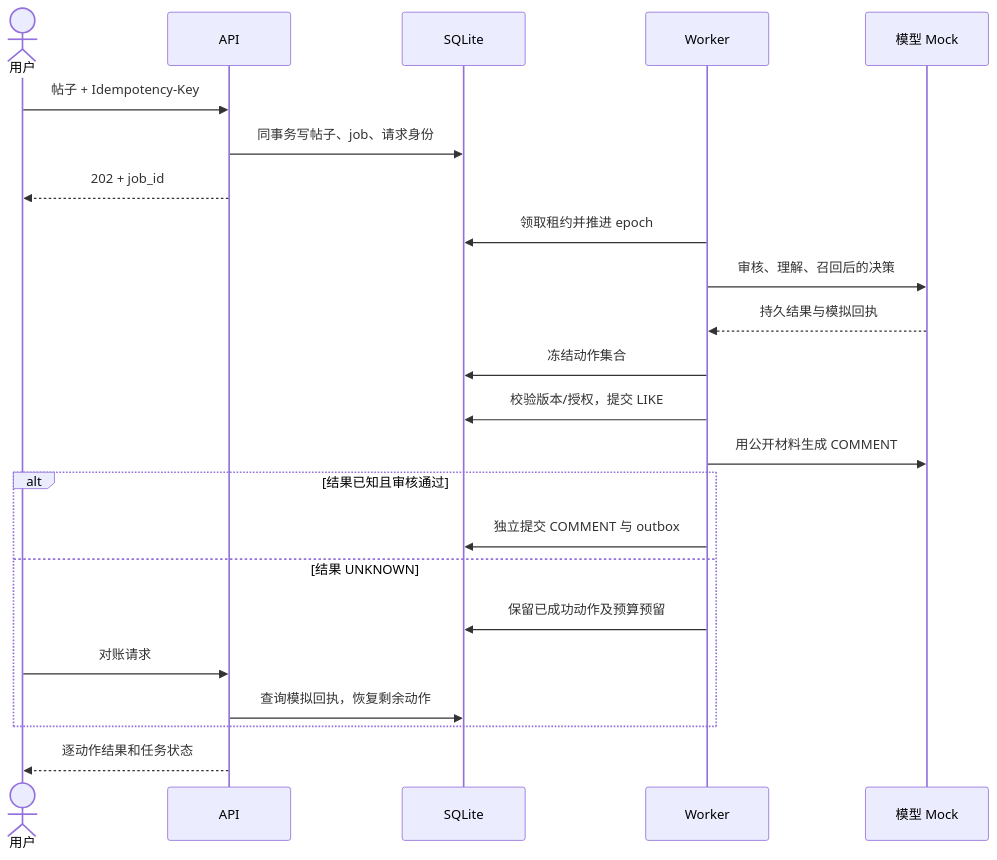
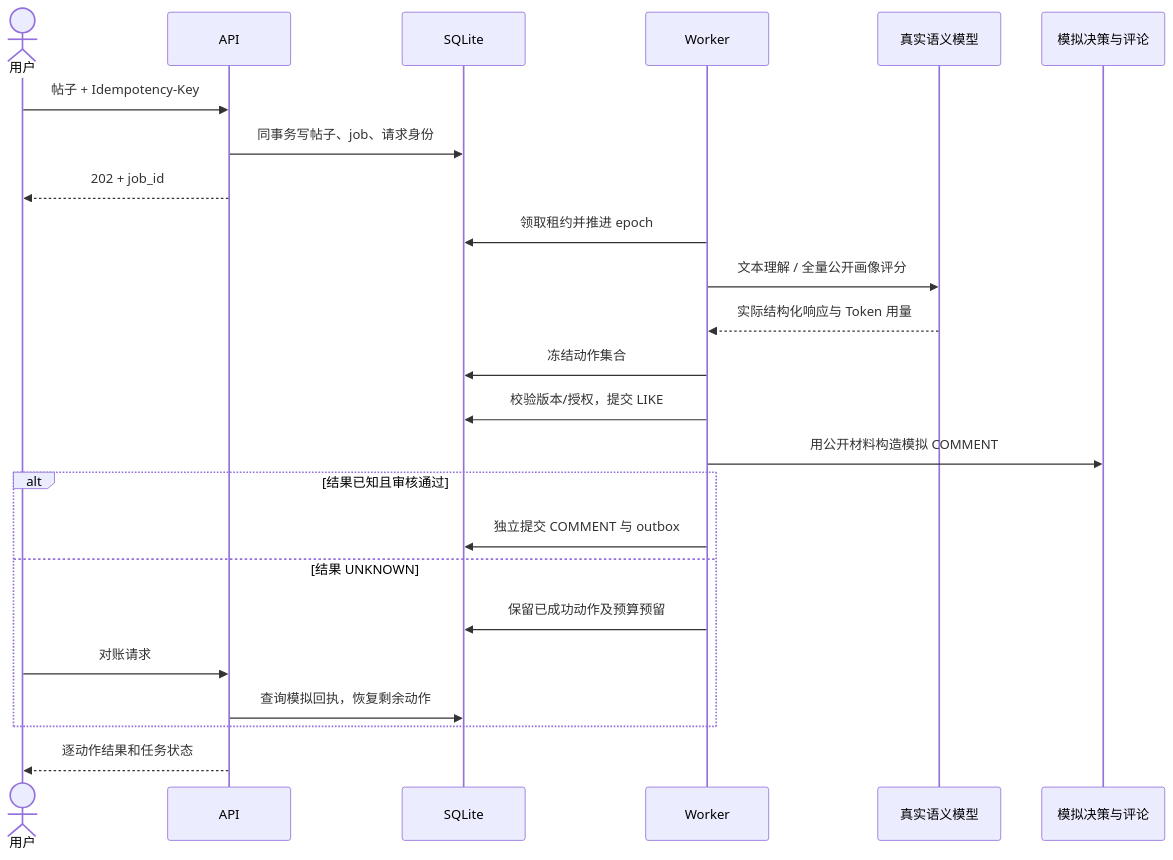
Before and after one commit to ayaeum/HuanJing: the second of 2 diagrams in docs/local-architecture.md, drawn with Mermaid. The commit also changed other lines of this file and 7 other files, not shown here.

````diff
--- a/docs/local-architecture.md
+++ b/docs/local-architecture.md
@@ -24,25 +25,26 @@
 ```mermaid
 sequenceDiagram
   actor User as 用户
   participant API
   participant DB as SQLite
   participant W as Worker
-  participant M as 模型 Mock
+  participant M as 真实语义模型
+  participant C as 模拟决策与评论
   User->>API: 帖子 + Idempotency-Key
   API->>DB: 同事务写帖子、job、请求身份
   API-->>User: 202 + job_id
   W->>DB: 领取租约并推进 epoch
-  W->>M: 审核、理解、召回后的决策
-  M-->>W: 持久结果与模拟回执
+  W->>M: 文本理解 / 全量公开画像评分
+  M-->>W: 实际结构化响应与 Token 用量
   W->>DB: 冻结动作集合
   W->>DB: 校验版本/授权，提交 LIKE
-  W->>M: 用公开材料生成 COMMENT
+  W->>C: 用公开材料构造模拟 COMMENT
   alt 结果已知且审核通过
     W->>DB: 独立提交 COMMENT 与 outbox
   else 结果 UNKNOWN
     W->>DB: 保留已成功动作及预算预留
     User->>API: 对账请求
     API->>DB: 查询模拟回执，恢复剩余动作
   end
   API-->>User: 逐动作结果和任务状态
 ```
````
